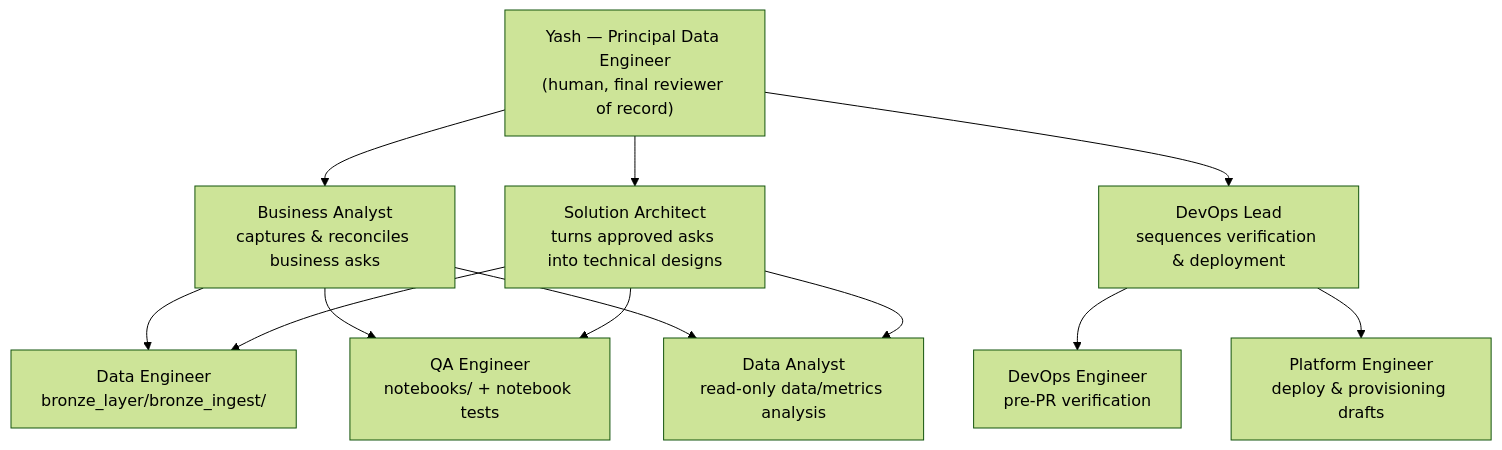
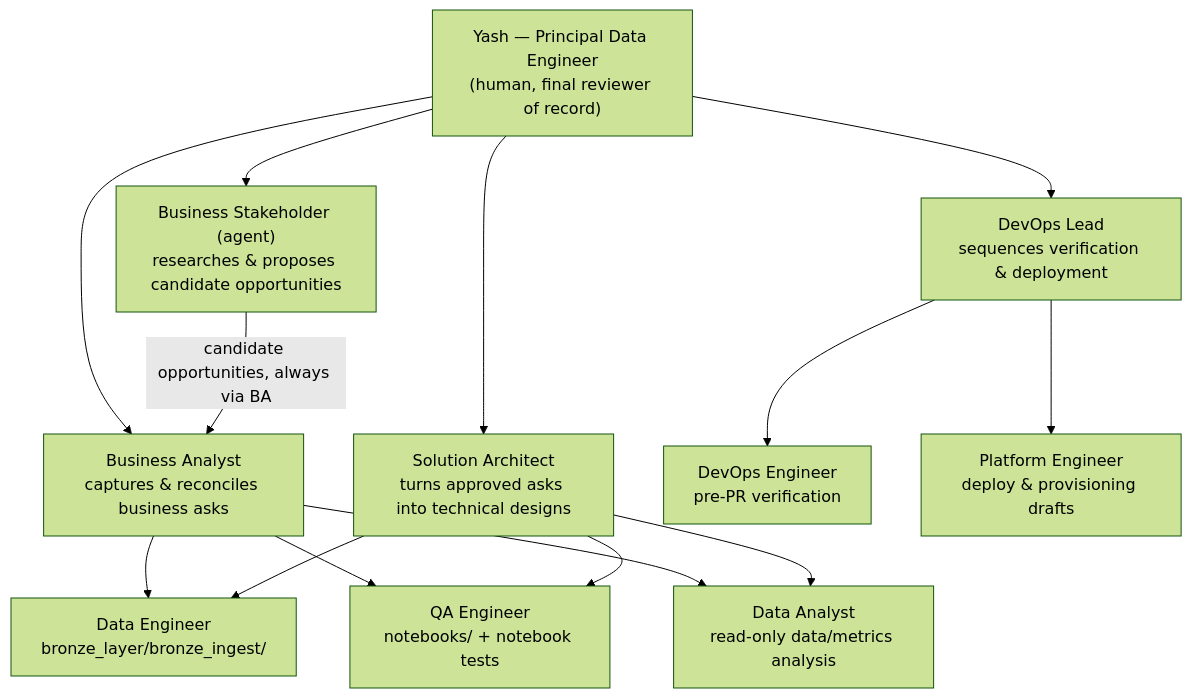
Before and after one commit to yashmhatre/Ingredion_Enhancement_Package: the diagram in docs/agent_governance.md, drawn with Mermaid (forest theme). The commit also changed other lines of this file and 2 other files, not shown here.

First line of the commit message:
docs: add business-stakeholder to org chart and roster, bump agents.lock to v1.1.0

````diff
--- a/docs/agent_governance.md
+++ b/docs/agent_governance.md
@@ -103,24 +104,27 @@
 ```mermaid
 graph TD
     Yash["Yash — Principal Data Engineer<br/>(human, final reviewer of record)"]
+    BS["Business Stakeholder (agent)<br/>researches & proposes candidate opportunities"]
     BA["Business Analyst<br/>captures & reconciles business asks"]
     SA["Solution Architect<br/>turns approved asks into technical designs"]
     DL["DevOps Lead<br/>sequences verification & deployment"]
     DE["Data Engineer<br/>bronze_layer/bronze_ingest/"]
     QA["QA Engineer<br/>notebooks/ + notebook tests"]
     DA["Data Analyst<br/>read-only data/metrics analysis"]
     DVE["DevOps Engineer<br/>pre-PR verification"]
     PE["Platform Engineer<br/>deploy & provisioning drafts"]
 
+    Yash --> BS
     Yash --> BA
     Yash --> SA
     Yash --> DL
+    BS -->|candidate opportunities, always via BA| BA
     BA --> DE
     BA --> QA
     BA --> DA
     SA --> DE
     SA --> QA
     SA --> DA
     DL --> DVE
     DL --> PE
 ```
````
